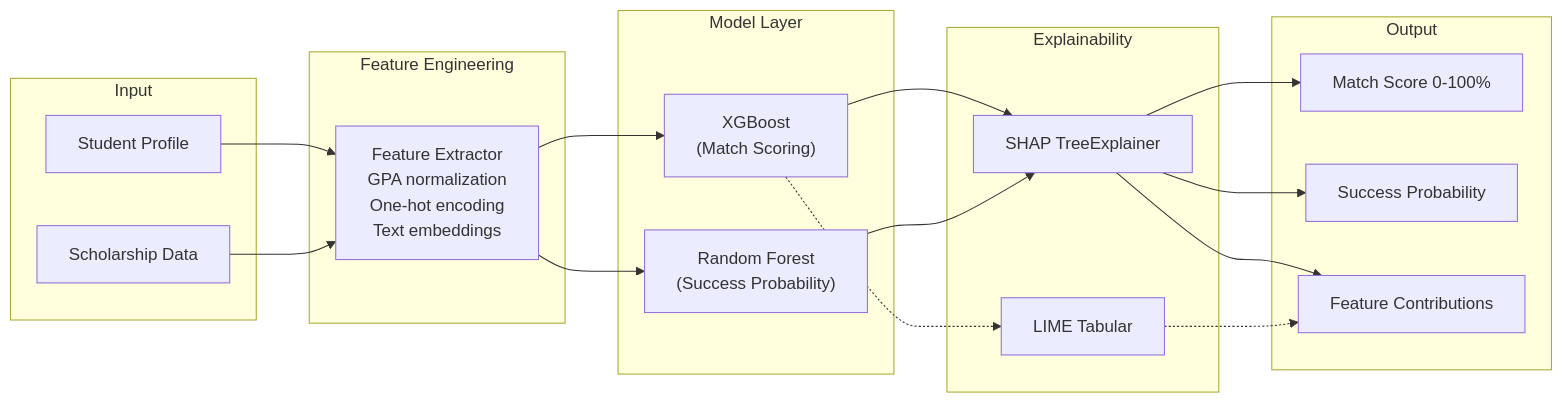
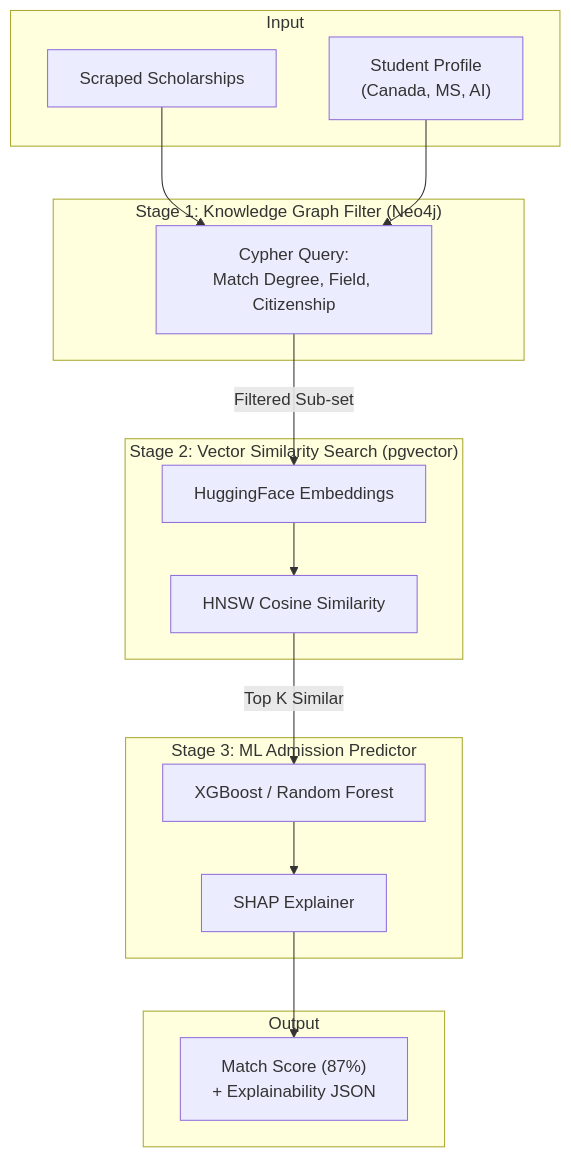
One commit to HaiderNaqvi-5/scholarai-platform changed the second of 3 diagrams in docs/architecture_diagrams.md. Above: the diagram before and after it, drawn with Mermaid. The commit also changed other lines of this file and 10 other files, not shown here.

Commit message:
chore(arch): finalize strict MVP architecture blueprint (6 modules, OpenSearch, pgvector, LangChain)

````diff
--- a/docs/architecture_diagrams.md
+++ b/docs/architecture_diagrams.md
@@ -57,32 +55,30 @@
 ```mermaid
-graph LR
+graph TD
     subgraph "Input"
-        SP["Student Profile"]
-        SD["Scholarship Data"]
+        SD["Scraped Scholarships"]
+        SP["Student Profile<br/>(Canada, MS, AI)"]
     end
 
-    subgraph "Feature Engineering"
-        FE["Feature Extractor<br/>GPA normalization<br/>One-hot encoding<br/>Text embeddings"]
+    subgraph "Stage 1: Knowledge Graph Filter (Neo4j)"
+        KG["Cypher Query:<br/>Match Degree, Field, Citizenship"]
     end
 
-    subgraph "Model Layer"
-        XGB["XGBoost<br/>(Match Scoring)"]
-        RF["Random Forest<br/>(Success Probability)"]
+    subgraph "Stage 2: Vector Similarity Search (pgvector)"
+        EMB["HuggingFace Embeddings"]
+        HNSW["HNSW Cosine Similarity"]
     end
 
-    subgraph "Explainability"
-        SHAP_M["SHAP TreeExplainer"]
-        LIME_M["LIME Tabular"]
+    subgraph "Stage 3: ML Admission Predictor"
+        XGB["XGBoost / Random Forest"]
+        SHAP["SHAP Explainer"]
     end
 
     subgraph "Output"
-        MS["Match Score 0-100%"]
-        SUC["Success Probability"]
-        EXP["Feature Contributions"]
+        FINAL["Match Score (87%)<br/>+ Explainability JSON"]
     end
 
-    SP & SD --> FE --> XGB & RF
-    XGB --> SHAP_M --> MS & EXP
-    RF --> SHAP_M --> SUC
-    XGB -.-> LIME_M -.-> EXP
+    SD & SP --> KG
+    KG -->|Filtered Sub-set| EMB --> HNSW
+    HNSW -->|Top K Similar| XGB
+    XGB --> SHAP --> FINAL
 ```
````
